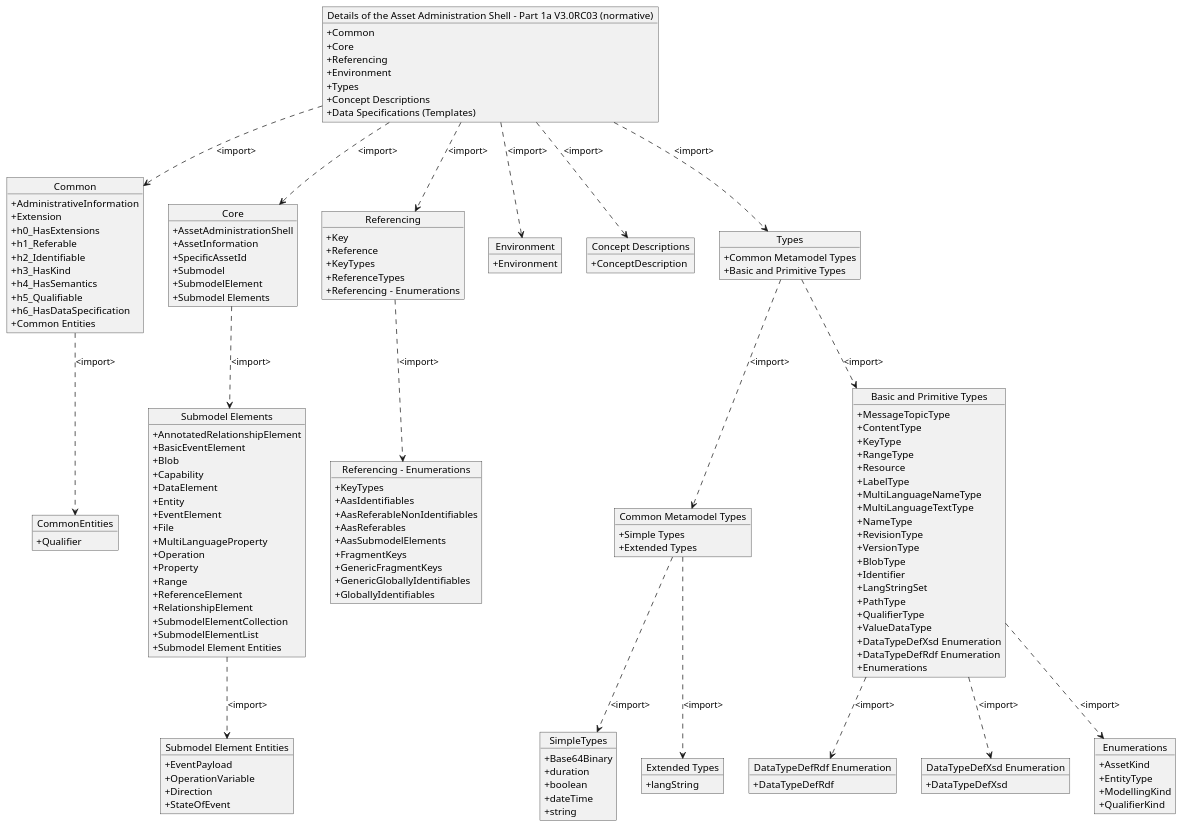
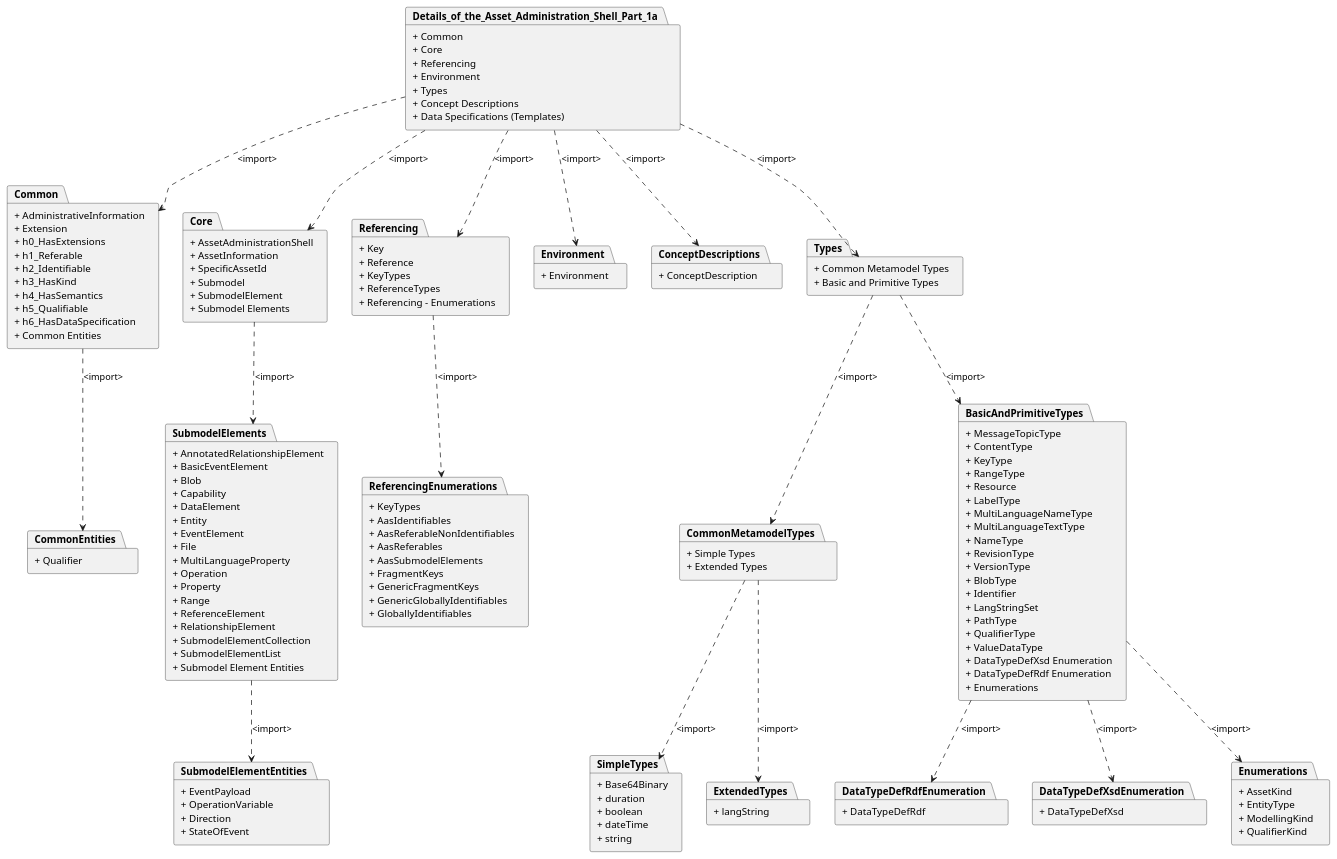
Before and after one commit to admin-shell-io/aas-specs: the diagram in documentation/IDTA-01001/modules/ROOT/partials/diagrams/13-structure.puml, drawn with PlantUML.

Commit message:
Fix PUML with packages

```diff
--- a/documentation/IDTA-01001/modules/ROOT/partials/diagrams/13-structure.puml
+++ b/documentation/IDTA-01001/modules/ROOT/partials/diagrams/13-structure.puml
@@ -1,175 +1,175 @@
 @startuml
 skinparam classAttributeIconSize 0
 
-object "Details of the Asset Administration Shell - Part 1a V3.0RC03 (normative)" as Part1 {
+package Details_of_the_Asset_Administration_Shell_Part_1a [
   + Common
   + Core
   + Referencing
   + Environment
   + Types
   + Concept Descriptions
   + Data Specifications (Templates)
-}
+]
 
-object Common {
+package Common [
   + AdministrativeInformation
   + Extension
   + h0_HasExtensions
   + h1_Referable
   + h2_Identifiable
   + h3_HasKind
   + h4_HasSemantics
   + h5_Qualifiable
   + h6_HasDataSpecification
   + Common Entities
-}
-object CommonEntities {
+]
+package CommonEntities [
   + Qualifier
-}
+]
 
-object Core {
+package Core [
   + AssetAdministrationShell
   + AssetInformation
   + SpecificAssetId
   + Submodel
   + SubmodelElement
   + Submodel Elements
-}
-object Referencing {
+]
+package Referencing [
   + Key
   + Reference
   + KeyTypes
   + ReferenceTypes
   + Referencing - Enumerations
-}
-object Environment {
+]
+package Environment [
   + Environment
-}
-object "Concept Descriptions" as ConceptDescriptions {
+]
+package ConceptDescriptions [
   + ConceptDescription
-}
-object Types {
+]
+package Types [
   + Common Metamodel Types
   + Basic and Primitive Types
-}
+]
 
 
-object "Common Metamodel Types" as CommonMetamodelTypes {
+package CommonMetamodelTypes [
   + Simple Types
   + Extended Types
-}
+]
 
-object "SimpleTypes" as SimpleTypes {
+package SimpleTypes [
   + Base64Binary
   + duration
   + boolean
   + dateTime
   + string
-}
+]
 
-object "Extended Types" as ExtendedTypes {
+package ExtendedTypes [
   + langString
-}
+]
 
-object "Basic and Primitive Types" as BasicAndPrimitiveTypes {
+package BasicAndPrimitiveTypes [
   + MessageTopicType
   + ContentType
   + KeyType
   + RangeType
   + Resource
   + LabelType
   + MultiLanguageNameType
   + MultiLanguageTextType
   + NameType
   + RevisionType
   + VersionType
   + BlobType
   + Identifier
   + LangStringSet
   + PathType
   + QualifierType
   + ValueDataType
   + DataTypeDefXsd Enumeration
   + DataTypeDefRdf Enumeration
   + Enumerations
-}
+]
 
-object "DataTypeDefRdf Enumeration" as DataTypeDefRdfEnumeration {
+package DataTypeDefRdfEnumeration [
   + DataTypeDefRdf
-}
+]
 
-object "DataTypeDefXsd Enumeration" as DataTypeDefXsdEnumeration {
+package DataTypeDefXsdEnumeration [
   + DataTypeDefXsd
-}
+]
 
-object Enumerations {
+package Enumerations [
   + AssetKind
   + EntityType
   + ModellingKind
   + QualifierKind
-}
+]
 
-object "Submodel Elements" as SubmodelElements {
+package SubmodelElements [
   + AnnotatedRelationshipElement
   + BasicEventElement
   + Blob
   + Capability
   + DataElement
   + Entity
   + EventElement
   + File
   + MultiLanguageProperty
   + Operation
   + Property
   + Range
   + ReferenceElement
   + RelationshipElement
   + SubmodelElementCollection
   + SubmodelElementList
   + Submodel Element Entities
-}
+]
 
-object "Submodel Element Entities" as SubmodelElementEntities {
+package SubmodelElementEntities [
   + EventPayload
   + OperationVariable
   + Direction
   + StateOfEvent
-}
+]
 
-object "Referencing - Enumerations" as ReferencingEnumerations {
+package ReferencingEnumerations [
   + KeyTypes
   + AasIdentifiables
   + AasReferableNonIdentifiables
   + AasReferables
   + AasSubmodelElements
   + FragmentKeys
   + GenericFragmentKeys
   + GenericGloballyIdentifiables
   + GloballyIdentifiables
-}
+]
 
 ' Relationships
-Part1 ..> Common : <import>
+Details_of_the_Asset_Administration_Shell_Part_1a ..> Common : <import>
 Common ..> CommonEntities : <import>
 
-Part1 ..> Core : <import>
+Details_of_the_Asset_Administration_Shell_Part_1a ..> Core : <import>
 Core ..> SubmodelElements : <import>
 SubmodelElements ..> SubmodelElementEntities : <import>
 
-Part1 ..> Referencing : <import>
+Details_of_the_Asset_Administration_Shell_Part_1a ..> Referencing : <import>
 Referencing ..> ReferencingEnumerations : <import>
 
-Part1 ..> Environment : <import>
+Details_of_the_Asset_Administration_Shell_Part_1a ..> Environment : <import>
 
-Part1 ..> Types : <import>
+Details_of_the_Asset_Administration_Shell_Part_1a ..> Types : <import>
 Types ..> CommonMetamodelTypes : <import>
 CommonMetamodelTypes ..> SimpleTypes: <import>
 CommonMetamodelTypes ..> ExtendedTypes: <import>
 Types ..> BasicAndPrimitiveTypes : <import>
 BasicAndPrimitiveTypes ..> DataTypeDefRdfEnumeration : <import>
 BasicAndPrimitiveTypes ..> DataTypeDefXsdEnumeration : <import>
 BasicAndPrimitiveTypes ..> Enumerations : <import>
 
-Part1 ..> ConceptDescriptions : <import>
+Details_of_the_Asset_Administration_Shell_Part_1a ..> ConceptDescriptions : <import>
 
 @enduml
```
